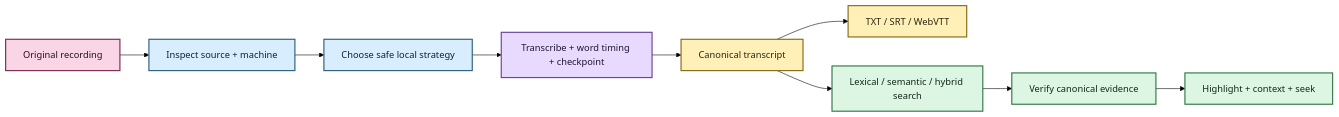
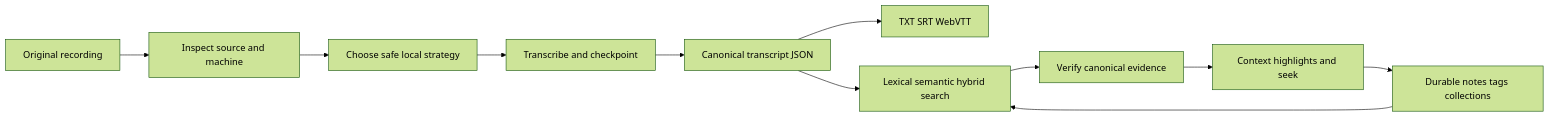
Before and after one commit to SSD1805/EchoFlow: the diagram in README.md, drawn with Mermaid (forest theme). The commit also changed other lines of this file, not shown here.

````diff
--- a/README.md
+++ b/README.md
@@ -58,23 +58,13 @@
 ```mermaid
 flowchart LR
-    A[Original recording] --> B[Inspect source + machine]
+    A[Original recording] --> B[Inspect source and machine]
     B --> C[Choose safe local strategy]
-    C --> D[Transcribe + word timing + checkpoint]
-    D --> E[Canonical transcript]
-    E --> F[TXT / SRT / WebVTT]
-    E --> G[Lexical / semantic / hybrid search]
+    C --> D[Transcribe and checkpoint]
+    D --> E[Canonical transcript JSON]
+    E --> F[TXT SRT WebVTT]
+    E --> G[Lexical semantic hybrid search]
     G --> H[Verify canonical evidence]
-    H --> I[Highlight + context + seek]
-
-    classDef evidence fill:#F9D5E5,stroke:#7B2E52,stroke-width:2px,color:#22151B
-    classDef compute fill:#D8EEFF,stroke:#2E617B,stroke-width:2px,color:#12222A
-    classDef process fill:#E8D9FF,stroke:#68469B,stroke-width:2px,color:#1F1630
-    classDef publish fill:#FFF0B8,stroke:#8A6B18,stroke-width:2px,color:#2C260F
-    classDef result fill:#DDF5E3,stroke:#347A46,stroke-width:2px,color:#142719
-
-    class A evidence
-    class B,C compute
-    class D process
-    class E,F publish
-    class G,H,I result
+    H --> I[Context highlights and seek]
+    I --> J[Durable notes tags collections]
+    J --> G
 ```
````
